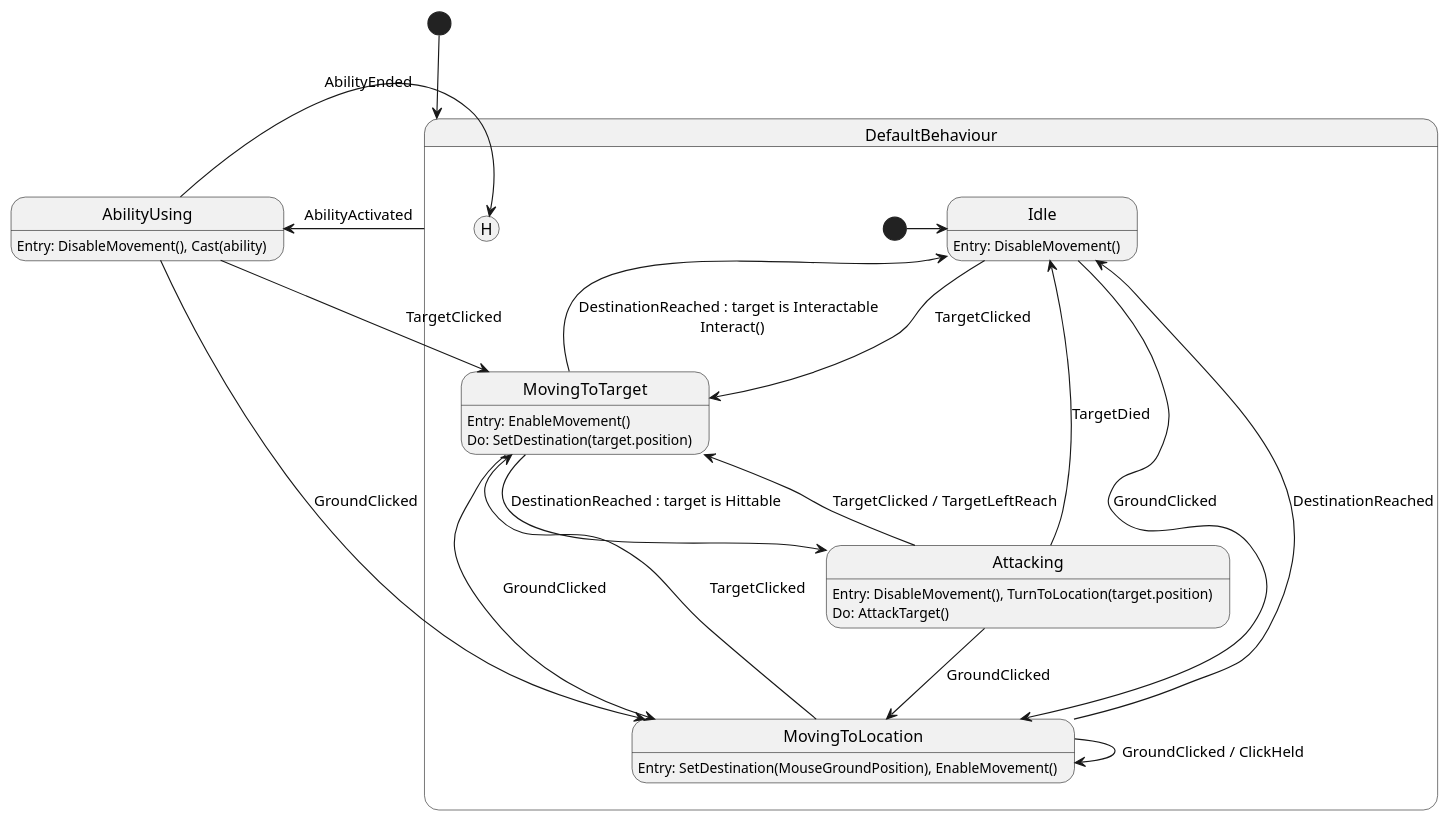
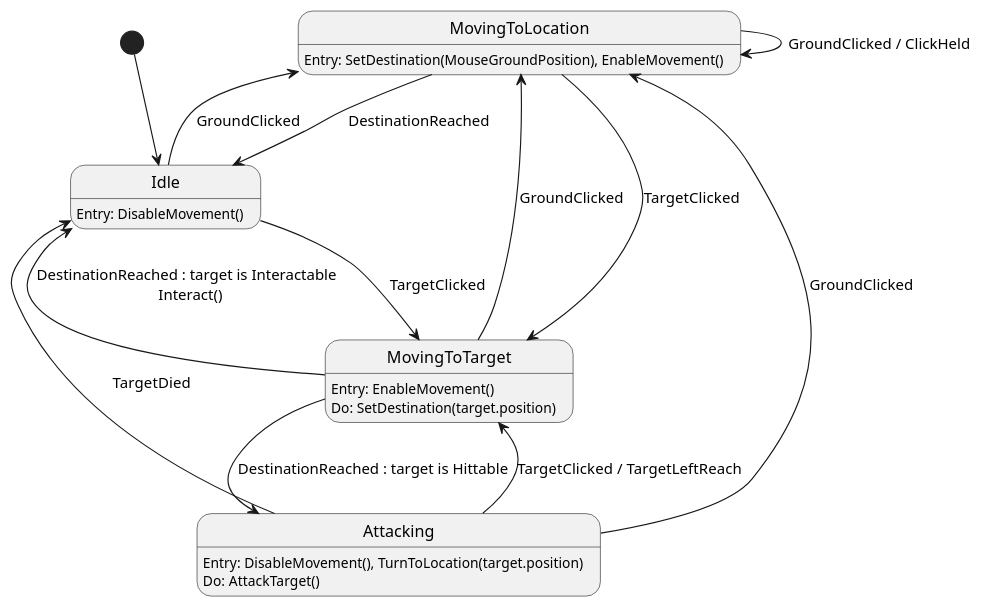
Before and after one commit to JuiceGrape/Incarnation-Of-Ragnarok: the diagram in Design/PlayerControllerStateMachine.puml, drawn with PlantUML. The commit also changed 12 other files, not shown here.

Commit message:
1# Simplified the player controller state machine. It can now be disabled by another part of "state" behaviour which uses a bad version of "history" to pause the state machine when the player is using secondary abilities. Also fixed some warnings and commented out unused dungeon generation code

```diff
--- a/Design/PlayerControllerStateMachine.puml
+++ b/Design/PlayerControllerStateMachine.puml
@@ -1,38 +1,29 @@
 @startuml
 
-[*] --> DefaultBehaviour
-DefaultBehaviour -> AbilityUsing : AbilityActivated
-AbilityUsing : Entry: DisableMovement(), Cast(ability)
+[*] -down-> Idle
 
-state DefaultBehaviour {
-    [*] -> Idle
+Idle : Entry: DisableMovement()
+Idle -right-> MovingToTarget : TargetClicked
+Idle -left-> MovingToLocation : GroundClicked
 
-    AbilityUsing --> [H]: AbilityEnded
-    AbilityUsing --> MovingToTarget : TargetClicked
-    AbilityUsing --> MovingToLocation : GroundClicked
+MovingToLocation : Entry: SetDestination(MouseGroundPosition), EnableMovement()
+MovingToLocation --> MovingToLocation : GroundClicked / ClickHeld
+MovingToLocation --> Idle : DestinationReached
+MovingToLocation --> MovingToTarget : TargetClicked
 
-    Idle : Entry: DisableMovement()
-    Idle --> MovingToTarget : TargetClicked
-    Idle --> MovingToLocation : GroundClicked
+MovingToTarget : Entry: EnableMovement()
+MovingToTarget : Do: SetDestination(target.position)
+MovingToTarget --> Idle : DestinationReached : target is Interactable \n Interact()
+MovingToTarget --> Attacking : DestinationReached : target is Hittable
+MovingToTarget --> MovingToLocation : GroundClicked
 
-    MovingToLocation : Entry: SetDestination(MouseGroundPosition), EnableMovement()
-    MovingToLocation --> MovingToLocation : GroundClicked / ClickHeld
-    MovingToLocation --> Idle : DestinationReached
-    MovingToLocation --> MovingToTarget : TargetClicked
+Attacking : Entry: DisableMovement(), TurnToLocation(target.position)
+Attacking : Do: AttackTarget()
+Attacking --> MovingToLocation : GroundClicked
+Attacking --> Idle : TargetDied
+Attacking --> MovingToTarget : TargetClicked / TargetLeftReach
 
-    MovingToTarget : Entry: EnableMovement()
-    MovingToTarget : Do: SetDestination(target.position)
-    MovingToTarget -up-> Idle : DestinationReached : target is Interactable \n Interact()
-    MovingToTarget --> Attacking : DestinationReached : target is Hittable
-    MovingToTarget --> MovingToLocation : GroundClicked
-
-    Attacking : Entry: DisableMovement(), TurnToLocation(target.position)
-    Attacking : Do: AttackTarget()
-    Attacking --> MovingToLocation : GroundClicked
-    Attacking --> Idle : TargetDied
-    Attacking -> MovingToTarget : TargetClicked / TargetLeftReach
-}
 
 
 
 @enduml
```
